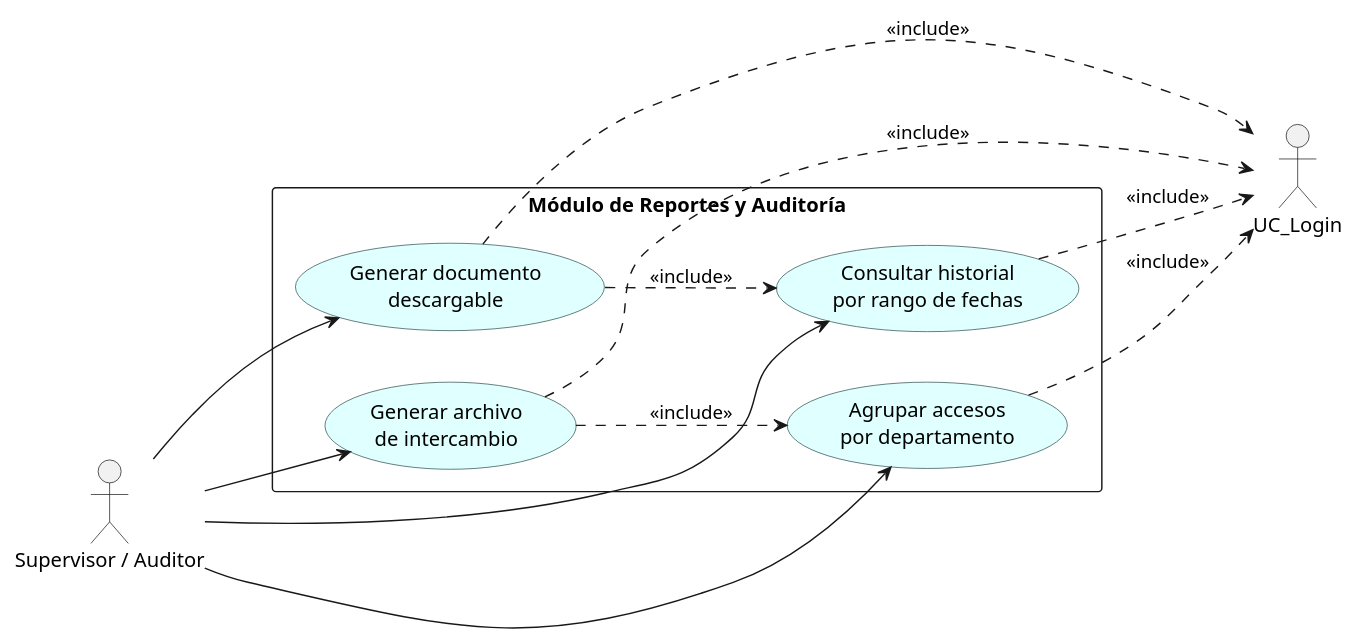
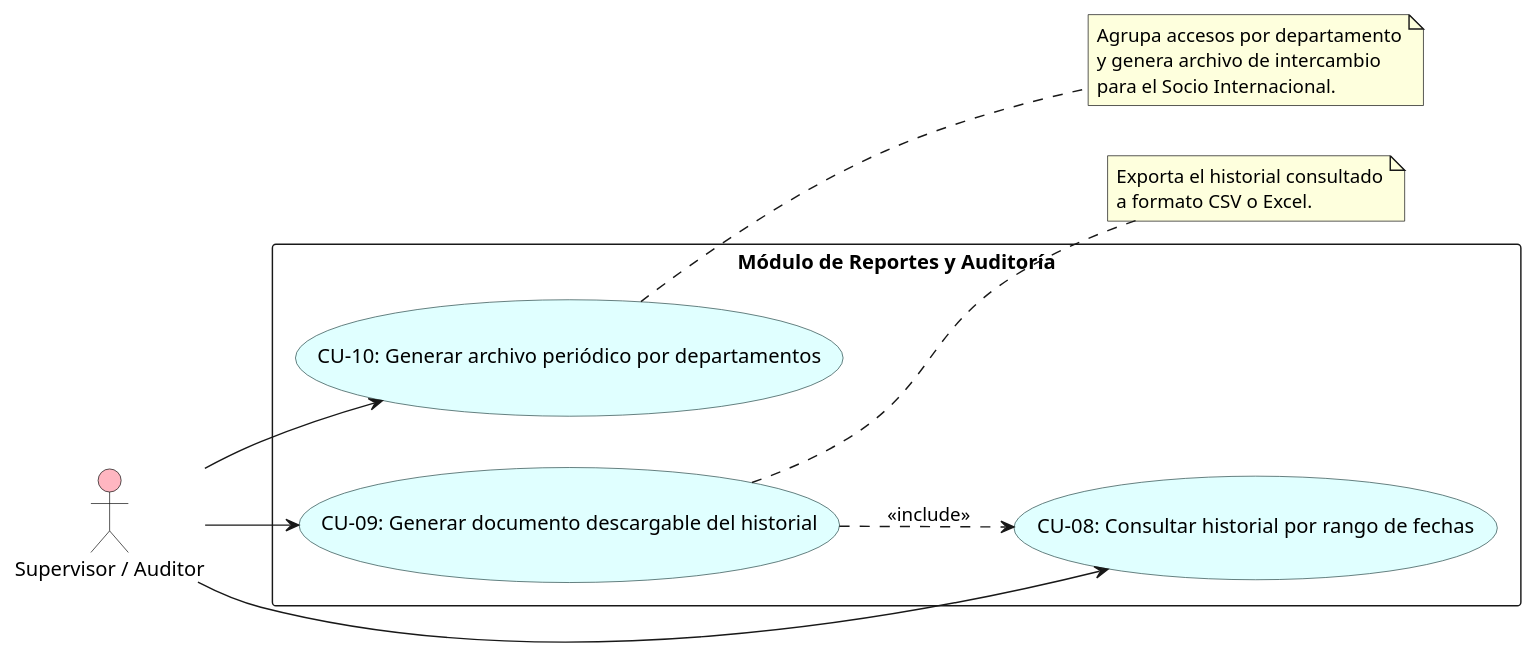
One commit to ElianMMCode/Zone-Control changed the diagram in docs/diagramas/casos_uso/06_modulo_reportes_auditoria.puml. Above: the diagram before and after it, drawn with PlantUML. The commit also changed 7 other files, not shown here.

```diff
--- a/docs/diagramas/casos_uso/06_modulo_reportes_auditoria.puml
+++ b/docs/diagramas/casos_uso/06_modulo_reportes_auditoria.puml
@@ -1,30 +1,34 @@
 @startuml
 skinparam usecase {
     BackgroundColor LightCyan
     BorderColor DarkSlateGray
 }
 skinparam packageStyle rectangle
 left to right direction
 
-actor "Supervisor / Auditor" as Sup
+actor "Supervisor / Auditor" as Sup #LightPink
 
 package "Módulo de Reportes y Auditoría" {
-    usecase "Consultar historial\npor rango de fechas" as UC_Rep1
-    usecase "Generar documento\ndescargable" as UC_Rep2
-    usecase "Agrupar accesos\npor departamento" as UC_Rep3
-    usecase "Generar archivo\nde intercambio" as UC_Rep4
+    usecase "CU-08: Consultar historial por rango de fechas" as UC_Rep1
+    usecase "CU-09: Generar documento descargable del historial" as UC_Rep2
+    usecase "CU-10: Generar archivo periódico por departamentos" as UC_Rep3
 
     UC_Rep2 ..> UC_Rep1 : <<include>>
-    UC_Rep4 ..> UC_Rep3 : <<include>>
 }
 
 Sup --> UC_Rep1
 Sup --> UC_Rep2
 Sup --> UC_Rep3
-Sup --> UC_Rep4
-UC_Rep1 ..> UC_Login : <<include>>
-UC_Rep2 ..> UC_Login : <<include>>
-UC_Rep3 ..> UC_Login : <<include>>
-UC_Rep4 ..> UC_Login : <<include>>
+
+note right of UC_Rep2
+  Exporta el historial consultado
+  a formato CSV o Excel.
+end note
+
+note right of UC_Rep3
+  Agrupa accesos por departamento
+  y genera archivo de intercambio
+  para el Socio Internacional.
+end note
 
 @enduml
```
